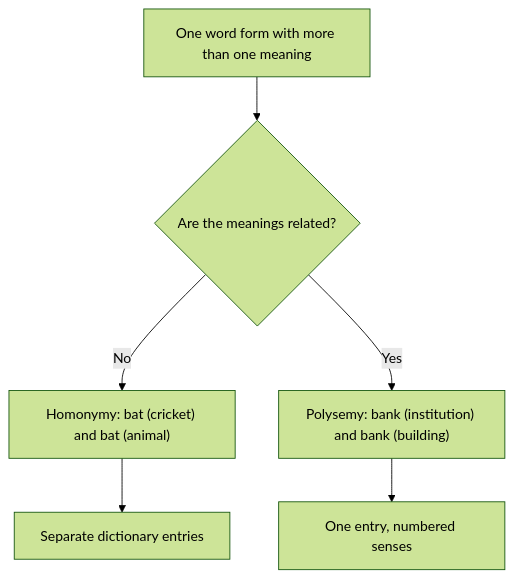
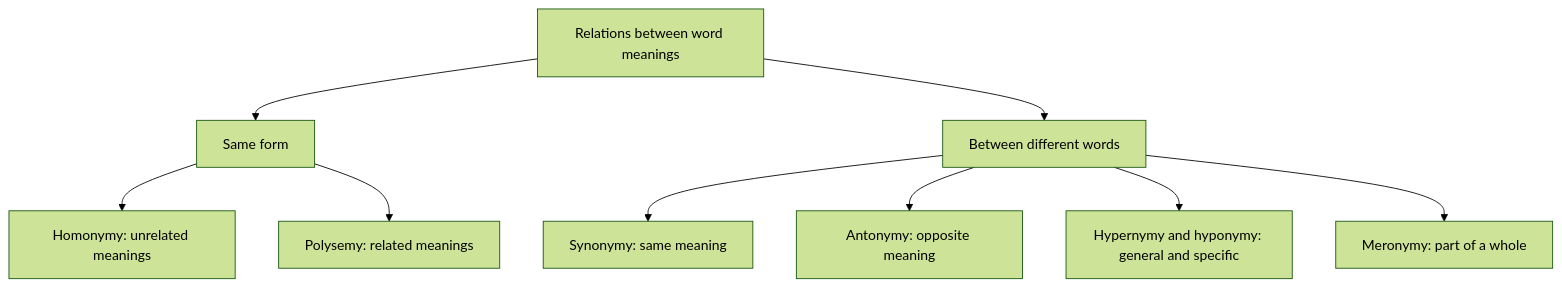
The second of 6 diagrams in content/natural-language-processing/notes/lexical-semantics.mdx (TrendySloth1001/sem-seven-notes), drawn with Mermaid (forest theme) before and after one commit. The commit also changed other lines of this file and 406 other files, not shown here.

````diff
--- a/content/natural-language-processing/notes/lexical-semantics.mdx
+++ b/content/natural-language-processing/notes/lexical-semantics.mdx
@@ -159,9 +77,12 @@
 ```mermaid
-%% caption: Same word form, two situations. If the meanings are unrelated it is homonymy (separate dictionary entries); if they are related it is polysemy (one entry, several senses).
+%% caption: The lexical relations. Some are between meanings of one form; others are between different words.
 flowchart TD
-  W["One word form with more than one meaning"] --> Q{"Are the meanings related?"}
-  Q -->|"No"| H["Homonymy: bat (cricket) and bat (animal)"]
-  Q -->|"Yes"| P["Polysemy: bank (institution) and bank (building)"]
-  H --> HD["Separate dictionary entries"]
-  P --> PD["One entry, numbered senses"]
+  A["Relations between word meanings"] --> B["Same form"]
+  A --> C["Between different words"]
+  B --> B1["Homonymy: unrelated meanings"]
+  B --> B2["Polysemy: related meanings"]
+  C --> C1["Synonymy: same meaning"]
+  C --> C2["Antonymy: opposite meaning"]
+  C --> C3["Hypernymy and hyponymy: general and specific"]
+  C --> C4["Meronymy: part of a whole"]
 ```
````
